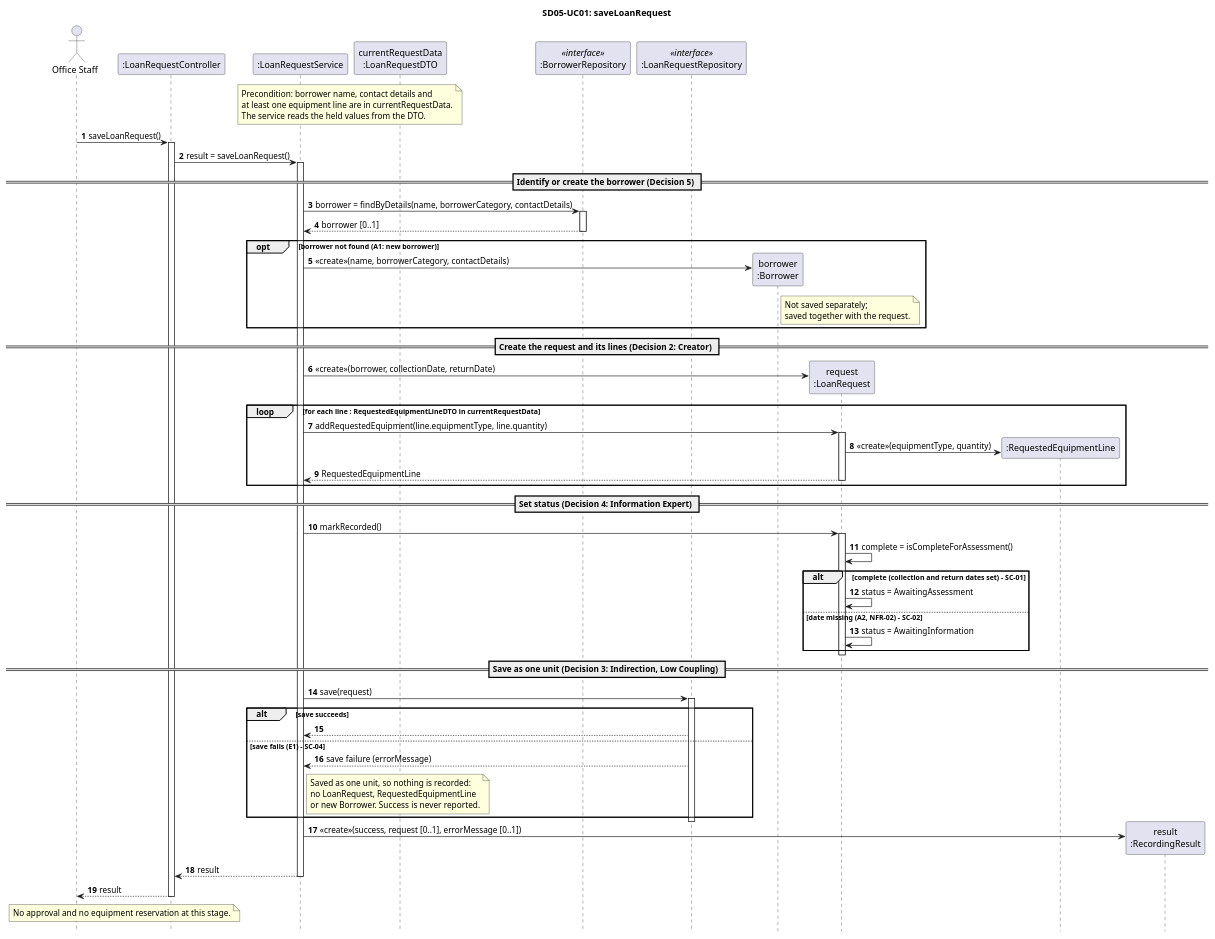
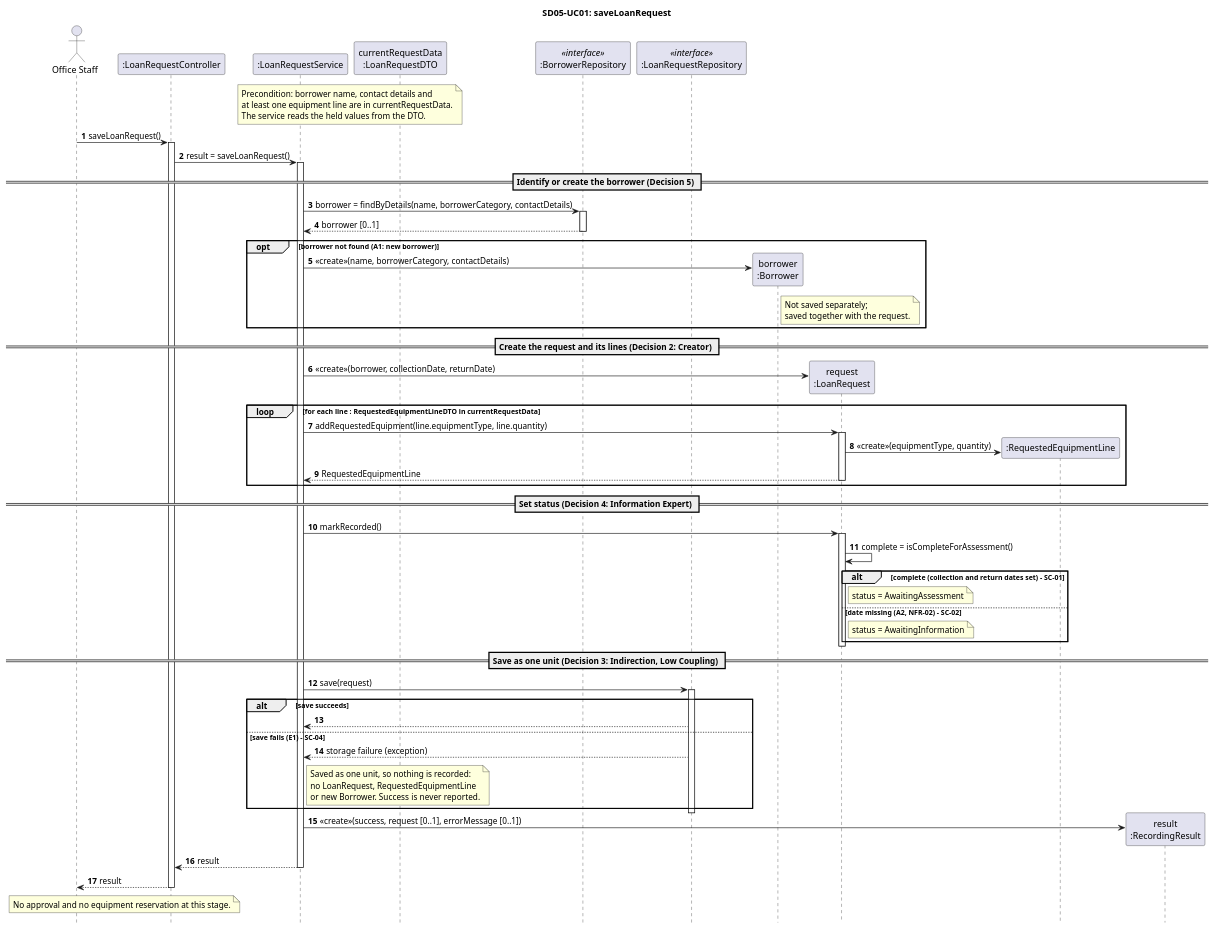
The diagram in ca1-analysis/diagrams/object-interaction_sequence_diagrams/UC01_SaveLoanRequest.puml (KaterynaKon/Community-Equipment), drawn with PlantUML before and after one commit. The commit also changed 1 other file, not shown here.

```diff
--- a/ca1-analysis/diagrams/object-interaction_sequence_diagrams/UC01_SaveLoanRequest.puml
+++ b/ca1-analysis/diagrams/object-interaction_sequence_diagrams/UC01_SaveLoanRequest.puml
@@ -1,87 +1,87 @@
 @startuml
 title SD05-UC01: saveLoanRequest
 hide footbox
 autonumber
 
 actor "Office Staff" as Staff
 participant ":LoanRequestController" as Ctrl
 participant ":LoanRequestService" as Svc
 participant "currentRequestData\n:LoanRequestDTO" as DTO
 participant ":BorrowerRepository" as BRepo <<interface>>
 participant ":LoanRequestRepository" as LRepo <<interface>>
 
 note over Svc, DTO
   Precondition: borrower name, contact details and
   at least one equipment line are in currentRequestData.
   The service reads the held values from the DTO.
 end note
 
 Staff -> Ctrl : saveLoanRequest()
 activate Ctrl
 Ctrl -> Svc : result = saveLoanRequest()
 activate Svc
 
 == Identify or create the borrower (Decision 5) ==
 Svc -> BRepo : borrower = findByDetails(name, borrowerCategory, contactDetails)
 activate BRepo
 BRepo --> Svc : borrower [0..1]
 deactivate BRepo
 
 opt borrower not found (A1: new borrower)
   create participant "borrower\n:Borrower" as B
   Svc -> B : <<create>>(name, borrowerCategory, contactDetails)
   note right of B : Not saved separately;\nsaved together with the request.
 end
 
 == Create the request and its lines (Decision 2: Creator) ==
 create participant "request\n:LoanRequest" as LR
 Svc -> LR : <<create>>(borrower, collectionDate, returnDate)
 
 loop for each line : RequestedEquipmentLineDTO in currentRequestData
   Svc -> LR : addRequestedEquipment(line.equipmentType, line.quantity)
   activate LR
   create participant ":RequestedEquipmentLine" as Line
   LR -> Line : <<create>>(equipmentType, quantity)
   LR --> Svc : RequestedEquipmentLine
   deactivate LR
 end
 
 == Set status (Decision 4: Information Expert) ==
 Svc -> LR : markRecorded()
 activate LR
 LR -> LR : complete = isCompleteForAssessment()
 alt complete (collection and return dates set) - SC-01
-  LR -> LR : status = AwaitingAssessment
+  note right of LR : status = AwaitingAssessment
 else date missing (A2, NFR-02) - SC-02
-  LR -> LR : status = AwaitingInformation
+  note right of LR : status = AwaitingInformation
 end
 deactivate LR
 
 == Save as one unit (Decision 3: Indirection, Low Coupling) ==
 Svc -> LRepo : save(request)
 activate LRepo
 
 alt save succeeds
   LRepo --> Svc
 else save fails (E1) - SC-04
-  LRepo --> Svc : save failure (errorMessage)
+    LRepo --> Svc : storage failure (exception)
   note right of Svc
     Saved as one unit, so nothing is recorded:
     no LoanRequest, RequestedEquipmentLine
     or new Borrower. Success is never reported.
   end note
 end
 deactivate LRepo
 
 create participant "result\n:RecordingResult" as RR
 Svc -> RR : <<create>>(success, request [0..1], errorMessage [0..1])
 
 Svc --> Ctrl : result
 deactivate Svc
 Ctrl --> Staff : result
 deactivate Ctrl
 
 note over Staff, Ctrl
   No approval and no equipment reservation at this stage.
 end note
 @enduml
```
